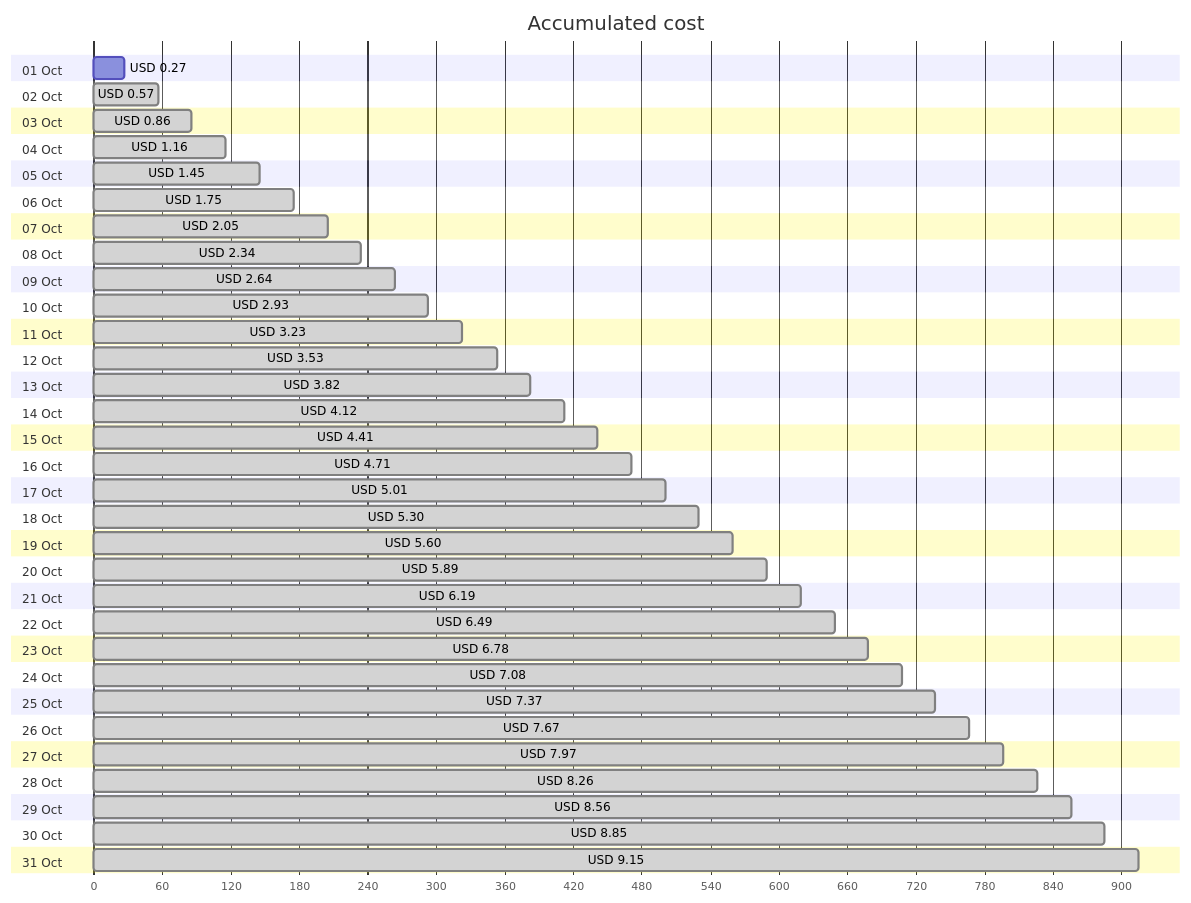
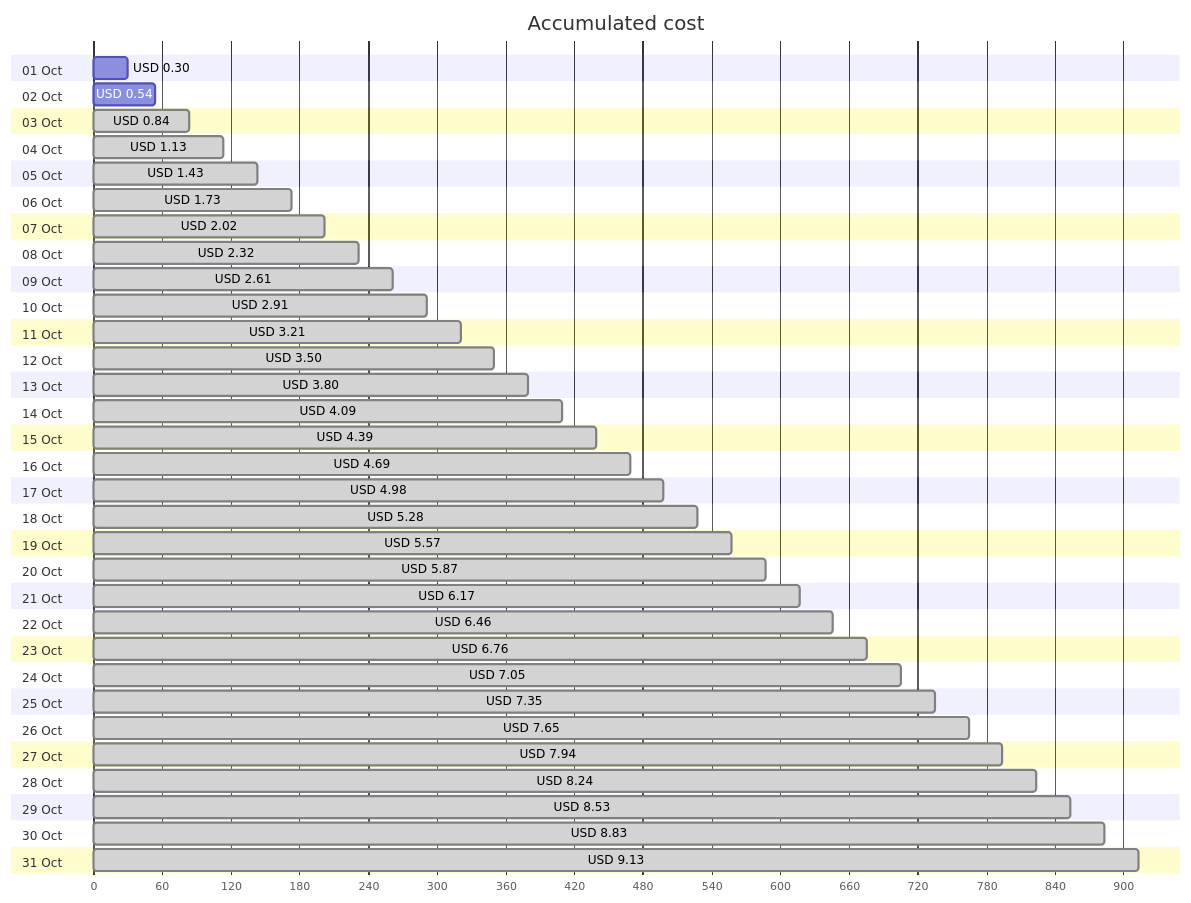
One commit to jpfulton/azure-personal-reports changed the first of 4 diagrams in cost-reports/personal-site/personal-site.md. Above: the diagram before and after it, drawn with Mermaid. The commit also changed other lines of this file and 7 other files, not shown here.

````diff
--- a/cost-reports/personal-site/personal-site.md
+++ b/cost-reports/personal-site/personal-site.md
@@ -20,68 +20,68 @@
 ```mermaid
 gantt
    title Accumulated cost
    dateFormat  X
    axisFormat %s
    section 01 Oct
-   USD 0.27 :0, 27
+   USD 0.30 :0, 30
    section 02 Oct
-   USD 0.57 : done, 0, 57
+   USD 0.54 :0, 54
    section 03 Oct
-   USD 0.86 : done, 0, 86
+   USD 0.84 : done, 0, 84
    section 04 Oct
-   USD 1.16 : done, 0, 116
+   USD 1.13 : done, 0, 113
    section 05 Oct
-   USD 1.45 : done, 0, 145
+   USD 1.43 : done, 0, 143
    section 06 Oct
-   USD 1.75 : done, 0, 175
+   USD 1.73 : done, 0, 173
    section 07 Oct
-   USD 2.05 : done, 0, 205
+   USD 2.02 : done, 0, 202
    section 08 Oct
-   USD 2.34 : done, 0, 234
+   USD 2.32 : done, 0, 232
    section 09 Oct
-   USD 2.64 : done, 0, 264
+   USD 2.61 : done, 0, 261
    section 10 Oct
-   USD 2.93 : done, 0, 293
+   USD 2.91 : done, 0, 291
    section 11 Oct
-   USD 3.23 : done, 0, 323
+   USD 3.21 : done, 0, 321
    section 12 Oct
-   USD 3.53 : done, 0, 353
+   USD 3.50 : done, 0, 350
    section 13 Oct
-   USD 3.82 : done, 0, 382
+   USD 3.80 : done, 0, 380
    section 14 Oct
-   USD 4.12 : done, 0, 412
+   USD 4.09 : done, 0, 409
    section 15 Oct
-   USD 4.41 : done, 0, 441
+   USD 4.39 : done, 0, 439
    section 16 Oct
-   USD 4.71 : done, 0, 471
+   USD 4.69 : done, 0, 469
    section 17 Oct
-   USD 5.01 : done, 0, 501
+   USD 4.98 : done, 0, 498
    section 18 Oct
-   USD 5.30 : done, 0, 530
+   USD 5.28 : done, 0, 528
    section 19 Oct
-   USD 5.60 : done, 0, 560
+   USD 5.57 : done, 0, 557
    section 20 Oct
-   USD 5.89 : done, 0, 589
+   USD 5.87 : done, 0, 587
    section 21 Oct
-   USD 6.19 : done, 0, 619
+   USD 6.17 : done, 0, 617
    section 22 Oct
-   USD 6.49 : done, 0, 649
+   USD 6.46 : done, 0, 646
    section 23 Oct
-   USD 6.78 : done, 0, 678
+   USD 6.76 : done, 0, 676
    section 24 Oct
-   USD 7.08 : done, 0, 708
+   USD 7.05 : done, 0, 705
    section 25 Oct
-   USD 7.37 : done, 0, 737
+   USD 7.35 : done, 0, 735
    section 26 Oct
-   USD 7.67 : done, 0, 767
+   USD 7.65 : done, 0, 765
    section 27 Oct
-   USD 7.97 : done, 0, 797
+   USD 7.94 : done, 0, 794
    section 28 Oct
-   USD 8.26 : done, 0, 826
+   USD 8.24 : done, 0, 824
    section 29 Oct
-   USD 8.56 : done, 0, 856
+   USD 8.53 : done, 0, 853
    section 30 Oct
-   USD 8.85 : done, 0, 885
+   USD 8.83 : done, 0, 883
    section 31 Oct
-   USD 9.15 : done, 0, 915
+   USD 9.13 : done, 0, 913
 ```
````
